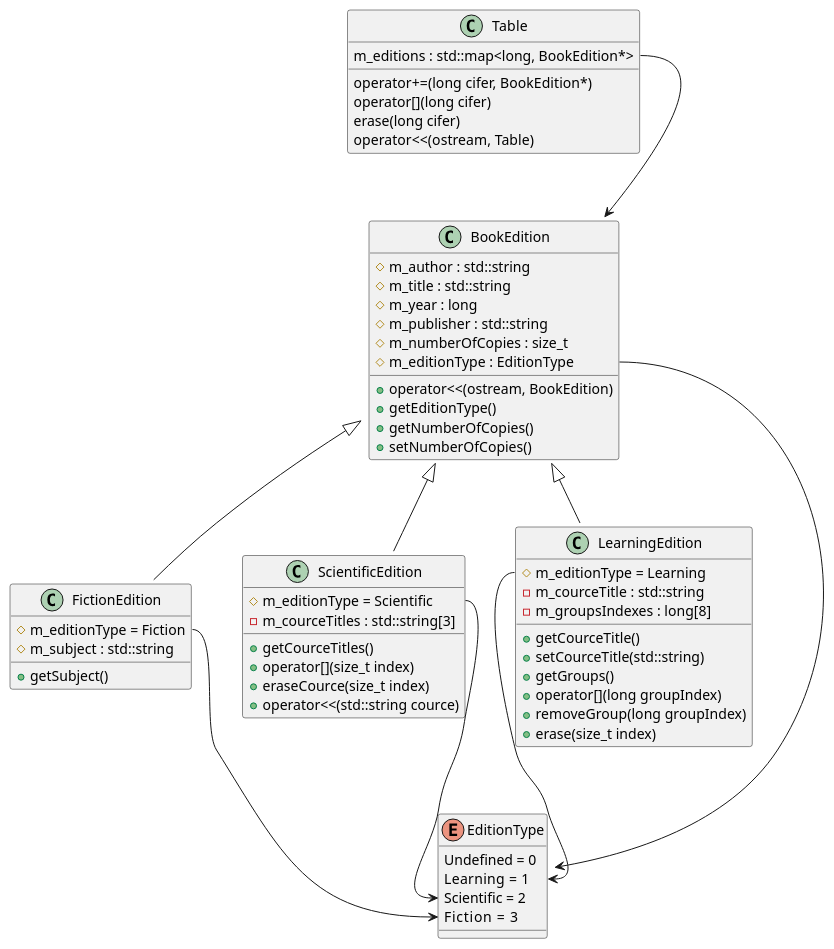
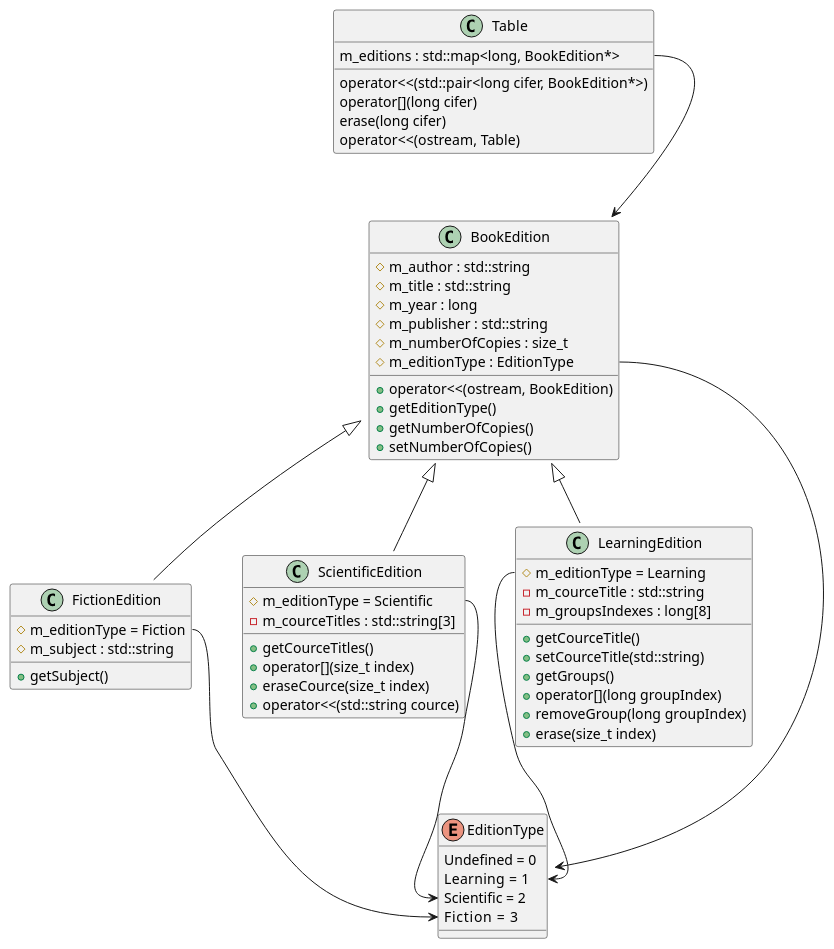
One commit to asakhar/sem3lab4_Liza changed the diagram in ClassesChart.wsd. Above: the diagram before and after it, drawn with PlantUML. The commit also changed 6 other files, not shown here.

```diff
--- a/ClassesChart.wsd
+++ b/ClassesChart.wsd
@@ -1,78 +1,78 @@
 @startuml Library
 
 enum EditionType {
   Undefined = 0
   Learning  = 1
   Scientific = 2
   Fiction   = 3
 }
 
 class BookEdition
 {
   #m_author : std::string
   #m_title : std::string
   #m_year : long
   #m_publisher : std::string
   #m_numberOfCopies : size_t
   #m_editionType : EditionType
   +operator<<(ostream, BookEdition)
   +getEditionType()
   +getNumberOfCopies()
   +setNumberOfCopies()
 }
 
 BookEdition::m_editionType --> EditionType
 
 
 class LearningEdition {
   #m_editionType = Learning
   -m_courceTitle : std::string
   -m_groupsIndexes : long[8]
   +getCourceTitle()
   +setCourceTitle(std::string)
   +getGroups()
   +operator[](long groupIndex)
   +removeGroup(long groupIndex)
   +erase(size_t index)
 }
 
 LearningEdition::m_editionType --> EditionType::Learning
 
 BookEdition <|-- LearningEdition
 
 
 class ScientificEdition {
   #m_editionType = Scientific
   -m_courceTitles : std::string[3]
   +getCourceTitles()
   +operator[](size_t index)
   +eraseCource(size_t index)
   +operator<<(std::string cource)
 }
 
 ScientificEdition::m_editionType --> EditionType::Scientific
 
 BookEdition <|-- ScientificEdition
 
 
 class FictionEdition {
   #m_editionType = Fiction
   #m_subject : std::string
   +getSubject()
 }
 
 FictionEdition::m_editionType --> EditionType::Fiction
 
 BookEdition <|-- FictionEdition
 
 
 class Table {
   m_editions : std::map<long, BookEdition*>
-  operator+=(long cifer, BookEdition*)
+  operator<<(std::pair<long cifer, BookEdition*>)
   operator[](long cifer)
   erase(long cifer)
   operator<<(ostream, Table)
 }
 
 Table::BookEdition --> BookEdition
 @enduml
```
